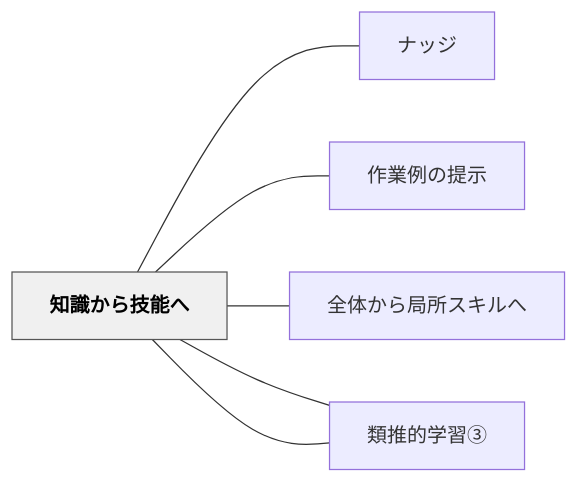
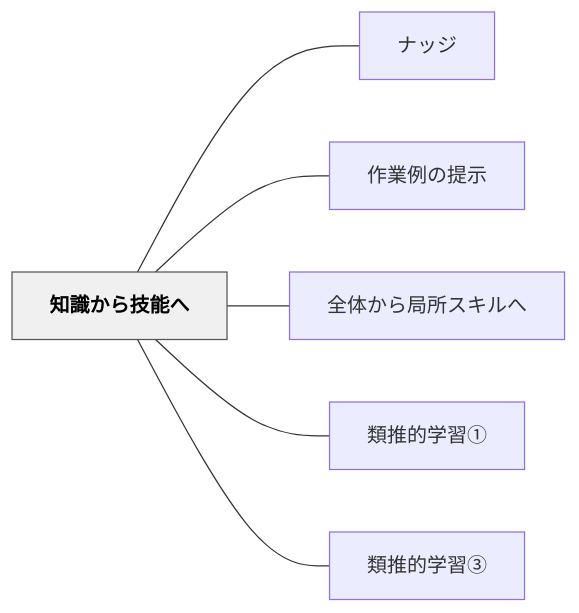
The diagram in content/パタン/知識から技能へ.md (unknownthings-ed-patterns/unknownthings-ed-patterns), drawn with Mermaid before and after one commit. The commit also changed 527 other files, not shown here.

````diff
--- a/content/パタン/知識から技能へ.md
+++ b/content/パタン/知識から技能へ.md
@@ -191,18 +191,18 @@
 ```mermaid
 flowchart LR
-    ne79fa5e8ad98["知識から技能へ"]
-    ne3838ae38383["ナッジ"]
-    ne4bd9ce6a5ad["作業例の提示"]
-    ne585a8e4bd93["全体から局所スキルへ"]
-    ne9a19ee68ea8["類推的学習①"]
-    ne9a19ee68ea8["類推的学習③"]
+    ne79fa5e8ad98e3818be38289e68a80e883bde381b8["知識から技能へ"]
+    ne3838ae38383e382b8["ナッジ"]
+    ne4bd9ce6a5ade4be8be381aee68f90e7a4ba["作業例の提示"]
+    ne585a8e4bd93e3818be38289e5b180e68980e382b9e382ade383abe381b8["全体から局所スキルへ"]
+    ne9a19ee68ea8e79a84e5ada6e7bf92e291a0["類推的学習①"]
+    ne9a19ee68ea8e79a84e5ada6e7bf92e291a2["類推的学習③"]
 
-    ne79fa5e8ad98 --- ne3838ae38383
-    ne79fa5e8ad98 --- ne4bd9ce6a5ad
-    ne79fa5e8ad98 --- ne585a8e4bd93
-    ne79fa5e8ad98 --- ne9a19ee68ea8
-    ne79fa5e8ad98 --- ne9a19ee68ea8
+    ne79fa5e8ad98e3818be38289e68a80e883bde381b8 --- ne3838ae38383e382b8
+    ne79fa5e8ad98e3818be38289e68a80e883bde381b8 --- ne4bd9ce6a5ade4be8be381aee68f90e7a4ba
+    ne79fa5e8ad98e3818be38289e68a80e883bde381b8 --- ne585a8e4bd93e3818be38289e5b180e68980e382b9e382ade383abe381b8
+    ne79fa5e8ad98e3818be38289e68a80e883bde381b8 --- ne9a19ee68ea8e79a84e5ada6e7bf92e291a0
+    ne79fa5e8ad98e3818be38289e68a80e883bde381b8 --- ne9a19ee68ea8e79a84e5ada6e7bf92e291a2
 
     classDef hub fill:#f0f0f0,stroke:#555,color:#000,font-weight:bold
-    class ne79fa5e8ad98 hub
+    class ne79fa5e8ad98e3818be38289e68a80e883bde381b8 hub
 ```
````
